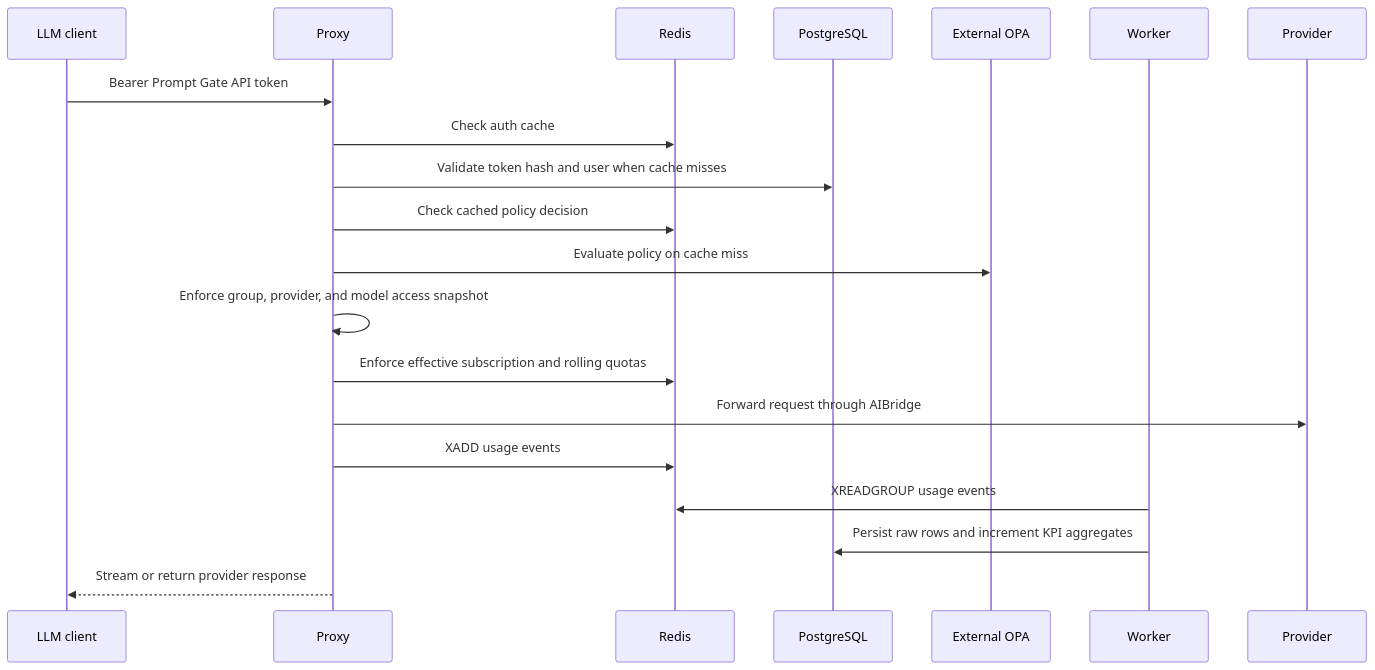
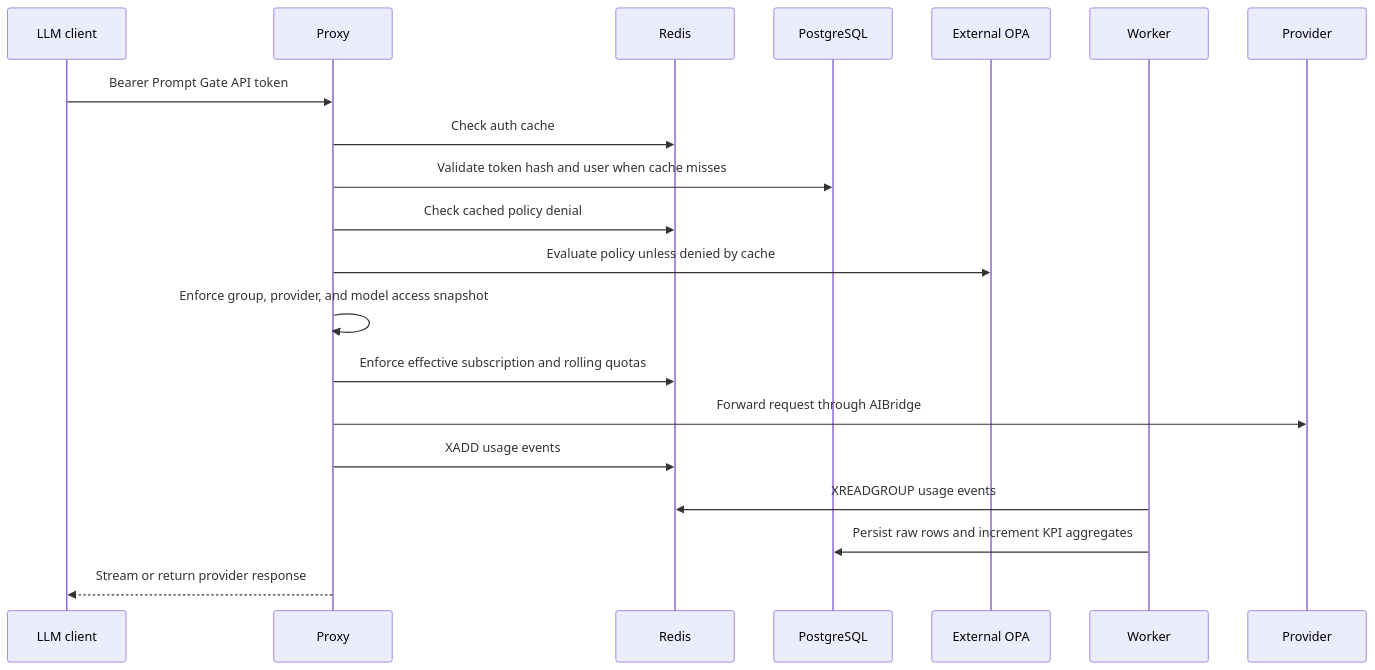
One commit to thomas-illiet/prompt-gate changed the third of 4 diagrams in docs/architecture.md. Above: the diagram before and after it, drawn with Mermaid. The commit also changed other lines of this file and 24 other files, not shown here.

````diff
--- a/docs/architecture.md
+++ b/docs/architecture.md
@@ -112,23 +112,23 @@
 ```mermaid
 sequenceDiagram
     participant C as LLM client
     participant P as Proxy
     participant R as Redis
     participant D as PostgreSQL
     participant O as External OPA
     participant W as Worker
     participant U as Provider
 
     C->>P: Bearer Prompt Gate API token
     P->>R: Check auth cache
     P->>D: Validate token hash and user when cache misses
-    P->>R: Check cached policy decision
-    P->>O: Evaluate policy on cache miss
+    P->>R: Check cached policy denial
+    P->>O: Evaluate policy unless denied by cache
     P->>P: Enforce group, provider, and model access snapshot
     P->>R: Enforce effective subscription and rolling quotas
     P->>U: Forward request through AIBridge
     P->>R: XADD usage events
     W->>R: XREADGROUP usage events
     W->>D: Persist raw rows and increment KPI aggregates
     P-->>C: Stream or return provider response
 ```
````
